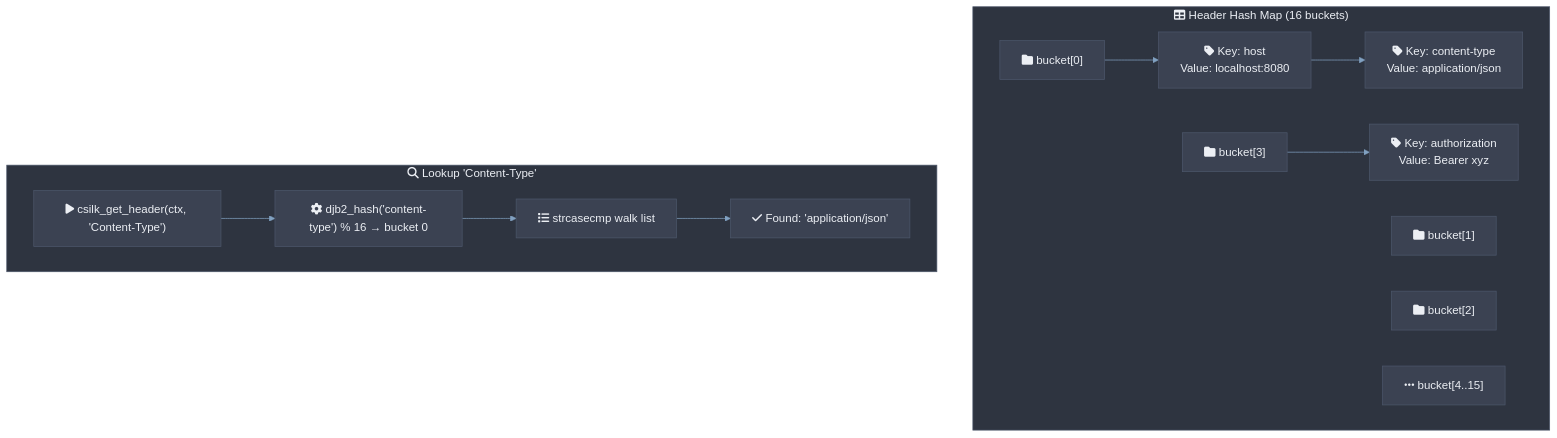
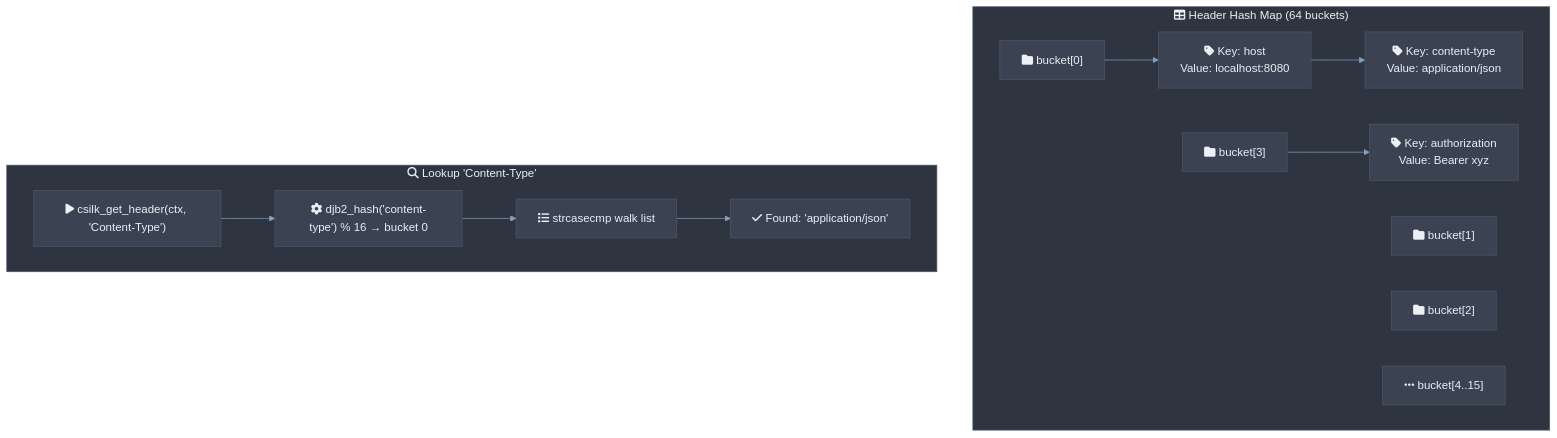
One commit to quintin-lee/csilk changed the fourth of 5 diagrams in docs/module-design/context.md. Above: the diagram before and after it, drawn with Mermaid. The commit also changed other lines of this file and 5 other files, not shown here.

````diff
--- a/docs/module-design/context.md
+++ b/docs/module-design/context.md
@@ -210,40 +214,40 @@
 ```mermaid
 %%{init: {
   'theme': 'base',
   'themeVariables': {
     'background': '#2E3440',
     'primaryColor': '#81A1C1',
     'primaryBorderColor': '#4C566A',
     'primaryTextColor': '#ECEFF4',
     'secondaryColor': '#3B4252',
     'secondaryBorderColor': '#434C5E',
     'secondaryTextColor': '#D8DEE9',
     'lineColor': '#81A1C1',
     'textColor': '#ECEFF4',
     'mainBkg': '#3B4252',
     'nodeBorder': '#4C566A',
     'clusterBkg': '#2E3440',
     'clusterBorder': '#4C566A',
     'titleColor': '#ECEFF4',
     'edgeLabelBackground': '#3B4252',
     'nodeTextColor': '#ECEFF4'
   },
   'flowchart': {'htmlLabels': true, 'curve': 'basis'}
 }}%%
 graph TB
-    subgraph header_map["fa:fa-table Header Hash Map (16 buckets)"]
+    subgraph header_map["fa:fa-table Header Hash Map (64 buckets)"]
         B0["fa:fa-folder bucket[0]"] --> H1["fa:fa-tag Key: host<br/>Value: localhost:8080"]
         H1 --> H2["fa:fa-tag Key: content-type<br/>Value: application/json"]
         B1["fa:fa-folder bucket[1]"]
         B2["fa:fa-folder bucket[2]"]
         B3["fa:fa-folder bucket[3]"] --> H3["fa:fa-tag Key: authorization<br/>Value: Bearer xyz"]
         B4["fa:fa-ellipsis-h bucket[4..15]"]
     end
 
     subgraph lookup["fa:fa-search Lookup 'Content-Type'"]
         IN["fa:fa-play csilk_get_header(ctx, 'Content-Type')"]
         IN --> HASH["fa:fa-cog djb2_hash('content-type') % 16 → bucket 0"]
         HASH --> SCAN["fa:fa-list strcasecmp walk list"]
         SCAN --> MATCH["fa:fa-check Found: 'application/json'"]
     end
 ```
````
